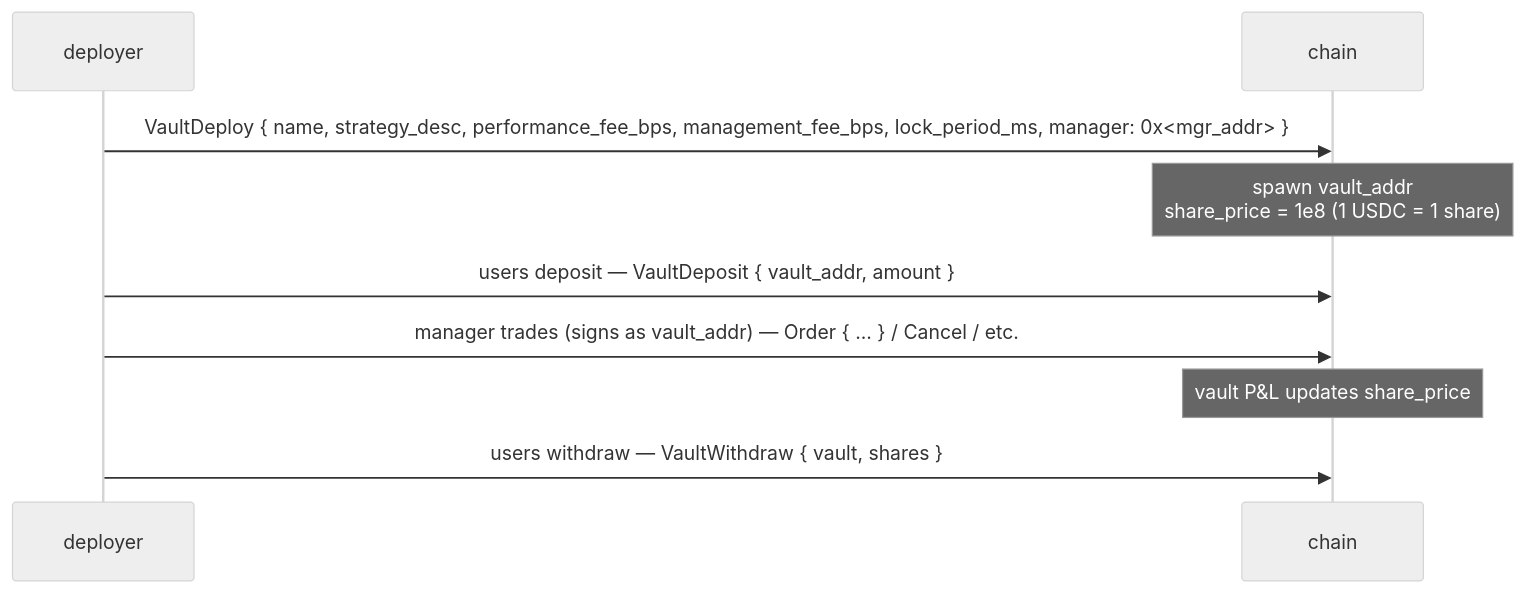
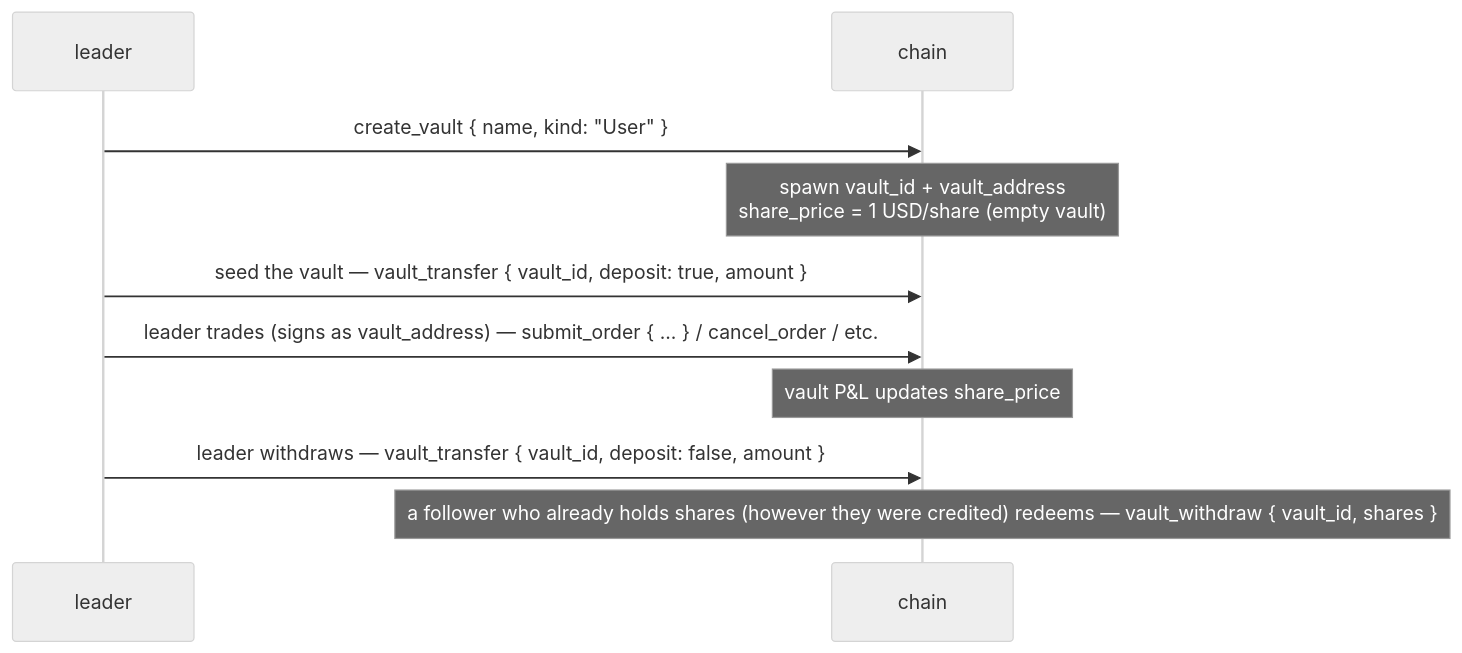
Before and after one commit to mtf-exchange/metaflux-knowledges: the first of 2 diagrams in docs/concepts/vaults.md, drawn with Mermaid (neutral theme). The commit also changed other lines of this file and 31 other files, not shown here.

````diff
--- a/docs/concepts/vaults.md
+++ b/docs/concepts/vaults.md
@@ -70,11 +104,12 @@
 ```mermaid
 sequenceDiagram
-    participant deployer
+    participant leader
     participant chain
-    deployer->>chain: VaultDeploy { name, strategy_desc, performance_fee_bps, management_fee_bps, lock_period_ms, manager: 0x<mgr_addr> }
-    Note over chain: spawn vault_addr<br/>share_price = 1e8 (1 USDC = 1 share)
-    deployer->>chain: users deposit — VaultDeposit { vault_addr, amount }
-    deployer->>chain: manager trades (signs as vault_addr) — Order { ... } / Cancel / etc.
+    leader->>chain: create_vault { name, kind: "User" }
+    Note over chain: spawn vault_id + vault_address<br/>share_price = 1 USD/share (empty vault)
+    leader->>chain: seed the vault — vault_transfer { vault_id, deposit: true, amount }
+    leader->>chain: leader trades (signs as vault_address) — submit_order { ... } / cancel_order / etc.
     Note over chain: vault P&L updates share_price
-    deployer->>chain: users withdraw — VaultWithdraw { vault, shares }
+    leader->>chain: leader withdraws — vault_transfer { vault_id, deposit: false, amount }
+    Note over chain: a follower who already holds shares (however they were credited) redeems — vault_withdraw { vault_id, shares }
 ```
````
